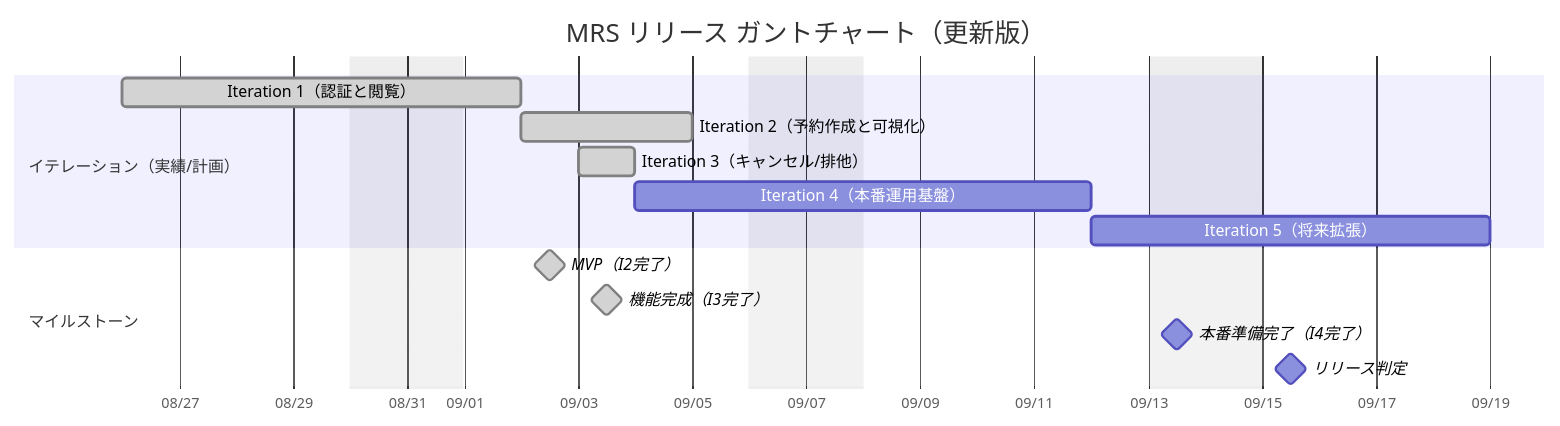
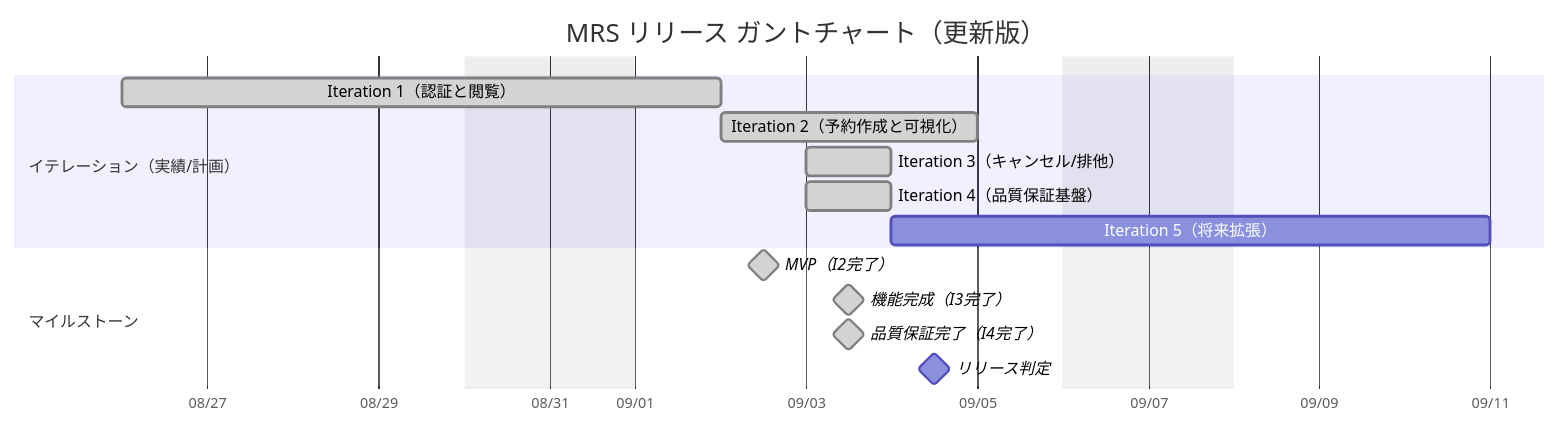
The first of 2 diagrams in docs/requirements/リリース計画.md (k2works/ai-programing-exercise), drawn with Mermaid before and after one commit. The commit also changed other lines of this file and 5 other files, not shown here.

````diff
--- a/docs/requirements/リリース計画.md
+++ b/docs/requirements/リリース計画.md
@@ -15,20 +15,20 @@
 ```mermaid
 gantt
   title MRS リリース ガントチャート（更新版）
   dateFormat  YYYY-MM-DD
   axisFormat  %m/%d
   excludes    weekends
 
   section イテレーション（実績/計画）
   Iteration 1（認証と閲覧）       :done, i1, 2025-08-26, 5d
   Iteration 2（予約作成と可視化） :done, i2, 2025-09-02, 3d
   Iteration 3（キャンセル/排他）  :done, i3, 2025-09-03, 1d
-  Iteration 4（本番運用基盤）     :i4, 2025-09-04, 6d
-  Iteration 5（将来拡張）         :i5, after i4, 5d
+  Iteration 4（品質保証基盤）     :done, i4, 2025-09-03, 1d
+  Iteration 5（将来拡張）         :i5, 2025-09-04, 5d
 
   section マイルストーン
   MVP（I2完了）                  :milestone, done, m1, 2025-09-02, 1d
   機能完成（I3完了）              :milestone, done, m2, 2025-09-03, 1d
-  本番準備完了（I4完了）          :milestone, m3, after i4, 1d
-  リリース判定                   :milestone, m4, after m3, 1d
+  品質保証完了（I4完了）          :milestone, done, m3, 2025-09-03, 1d
+  リリース判定                   :milestone, m4, 2025-09-04, 1d
 ```
````
